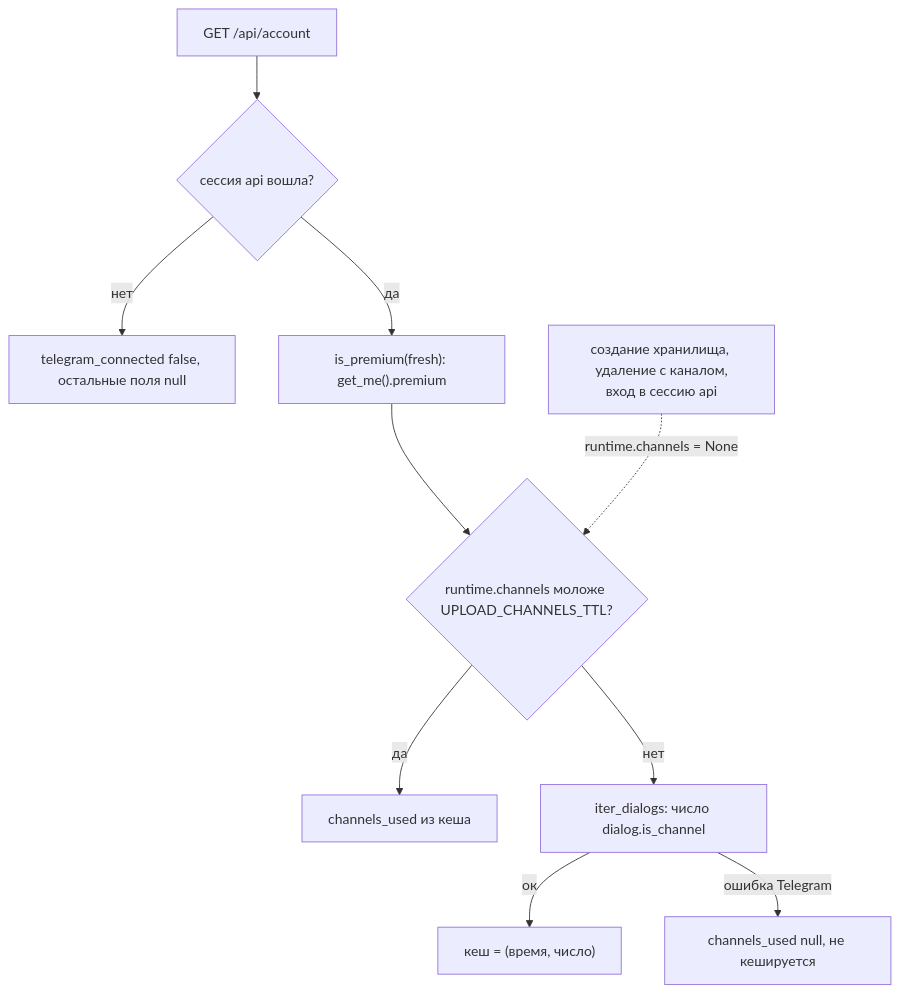
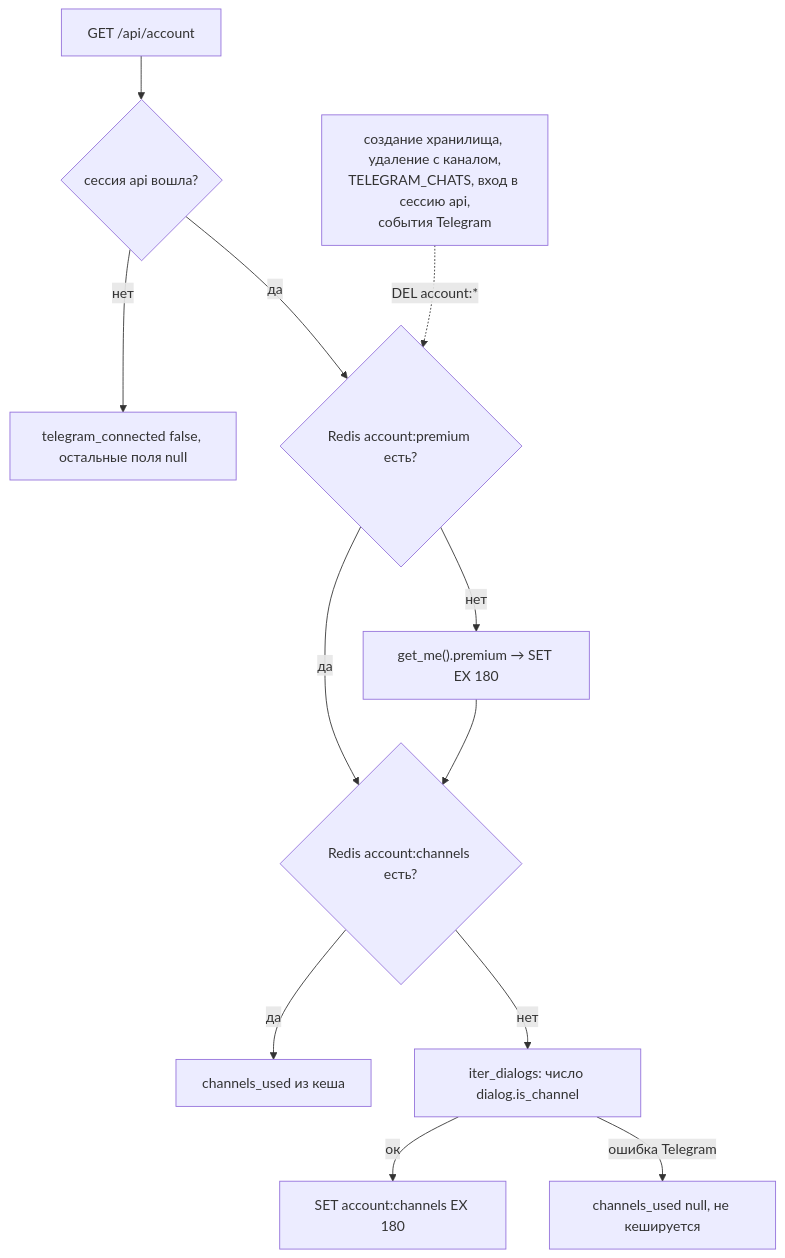
The third of 4 diagrams in docs/flows/storages.md (NikitkaZXC/tcloud-backend), drawn with Mermaid before and after one commit. The commit also changed other lines of this file and 13 other files, not shown here.

Commit message:
perf: Telegram premium and channels count cached in Redis for REDIS_CACHE_TTL instead of API memory

````diff
--- a/docs/flows/storages.md
+++ b/docs/flows/storages.md
@@ -96,12 +100,14 @@
 ```mermaid
 flowchart TD
     get["GET /api/account"] --> auth{"сессия api вошла?"}
     auth -->|нет| off["telegram_connected false, остальные поля null"]
-    auth -->|да| prem["is_premium(fresh): get_me().premium"]
-    prem --> cache{"runtime.channels моложе UPLOAD_CHANNELS_TTL?"}
+    auth -->|да| prem{"Redis account:premium есть?"}
+    prem -->|нет| me["get_me().premium → SET EX 180"]
+    prem -->|да| cache{"Redis account:channels есть?"}
+    me --> cache
     cache -->|да| hit["channels_used из кеша"]
     cache -->|нет| count["iter_dialogs: число dialog.is_channel"]
-    count -->|ок| put["кеш = (время, число)"]
+    count -->|ок| put["SET account:channels EX 180"]
     count -->|ошибка Telegram| nul["channels_used null, не кешируется"]
-    reset["создание хранилища, удаление с каналом,<br/>вход в сессию api"] -. "runtime.channels = None" .-> cache
+    reset["создание хранилища, удаление с каналом,<br/>TELEGRAM_CHATS, вход в сессию api,<br/>события Telegram"] -. "DEL account:*" .-> prem
 ```
````
